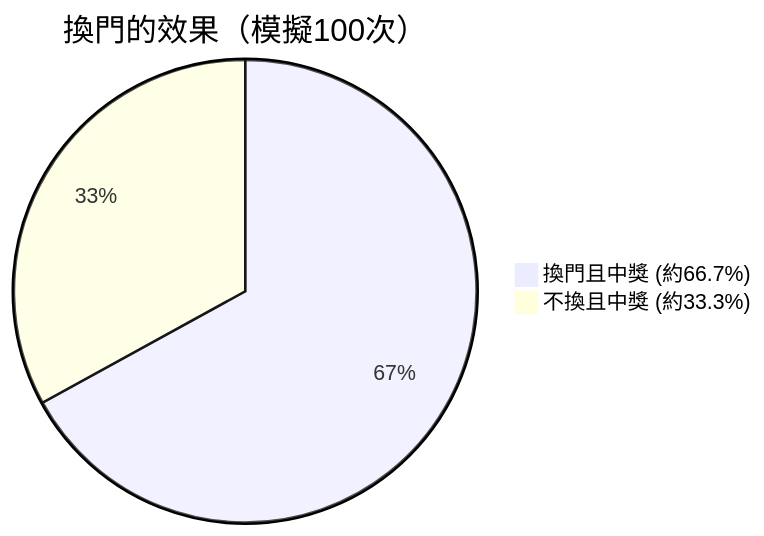
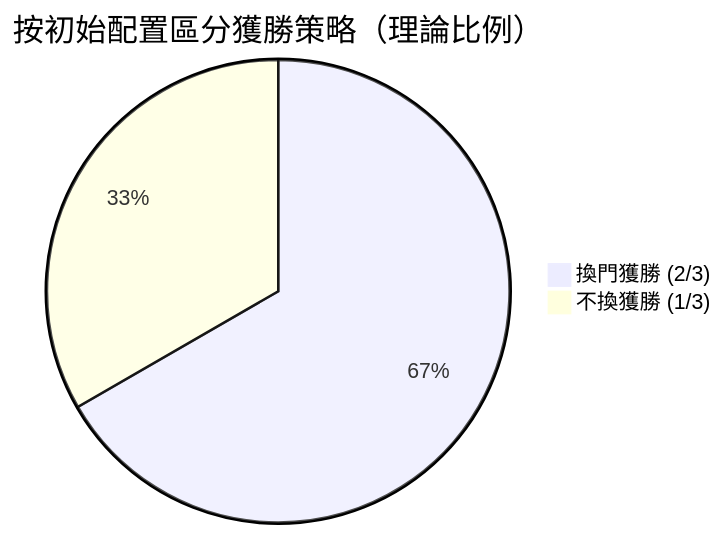
Before and after one commit to kenjinote/blog: the second of 2 diagrams in content/post/モンティ・ホール問題/index.zh-tw.md, drawn with Mermaid. The commit also changed other lines of this file and 8 other files, not shown here.

````diff
--- a/content/post/モンティ・ホール問題/index.zh-tw.md
+++ b/content/post/モンティ・ホール問題/index.zh-tw.md
@@ -161,5 +195,5 @@
 ```mermaid
-pie title 換門的效果（模擬100次）
-    "換門且中獎 (約66.7%)" : 67
-    "不換且中獎 (約33.3%)" : 33
+pie title 按初始配置區分獲勝策略（理論比例）
+    "換門獲勝 (2/3)" : 2
+    "不換獲勝 (1/3)" : 1
 ```
````
